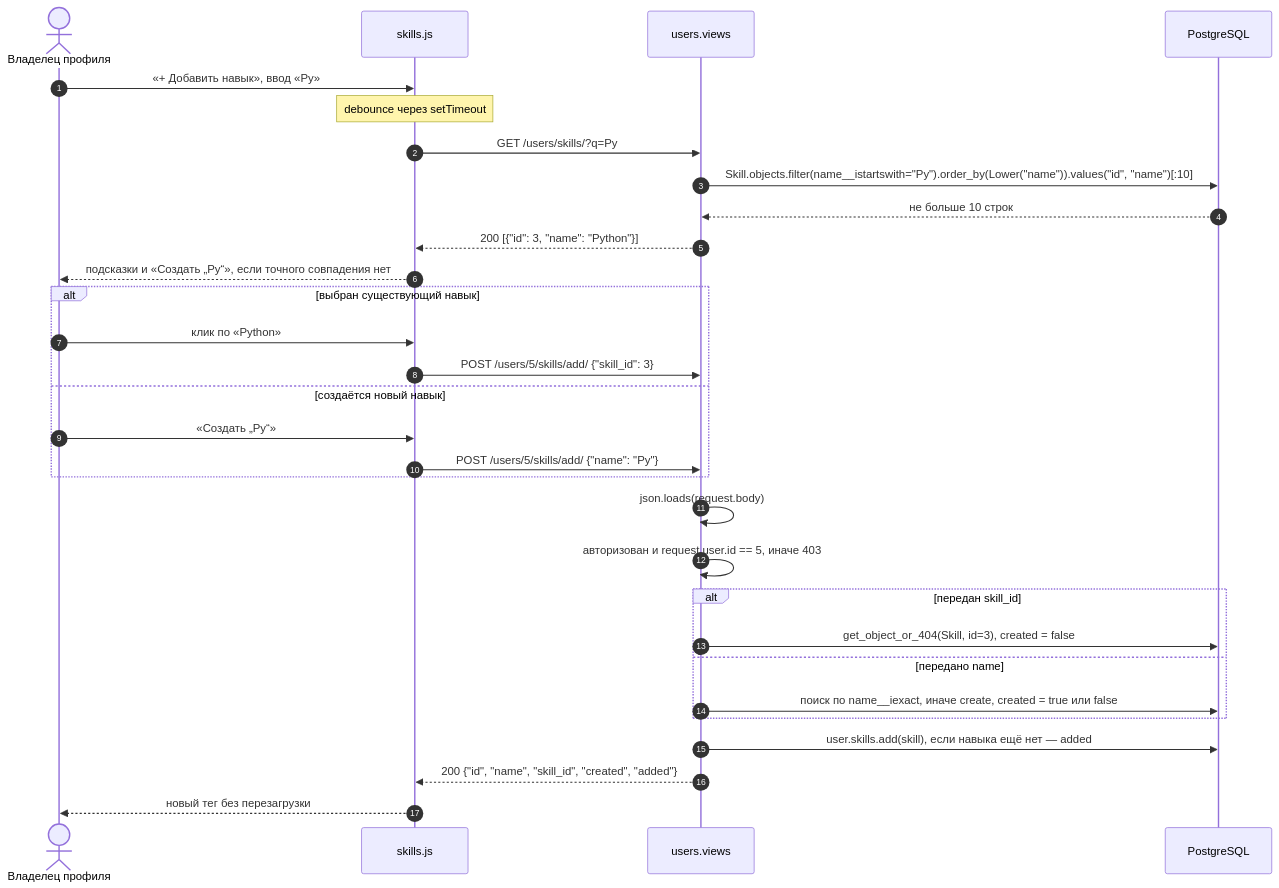
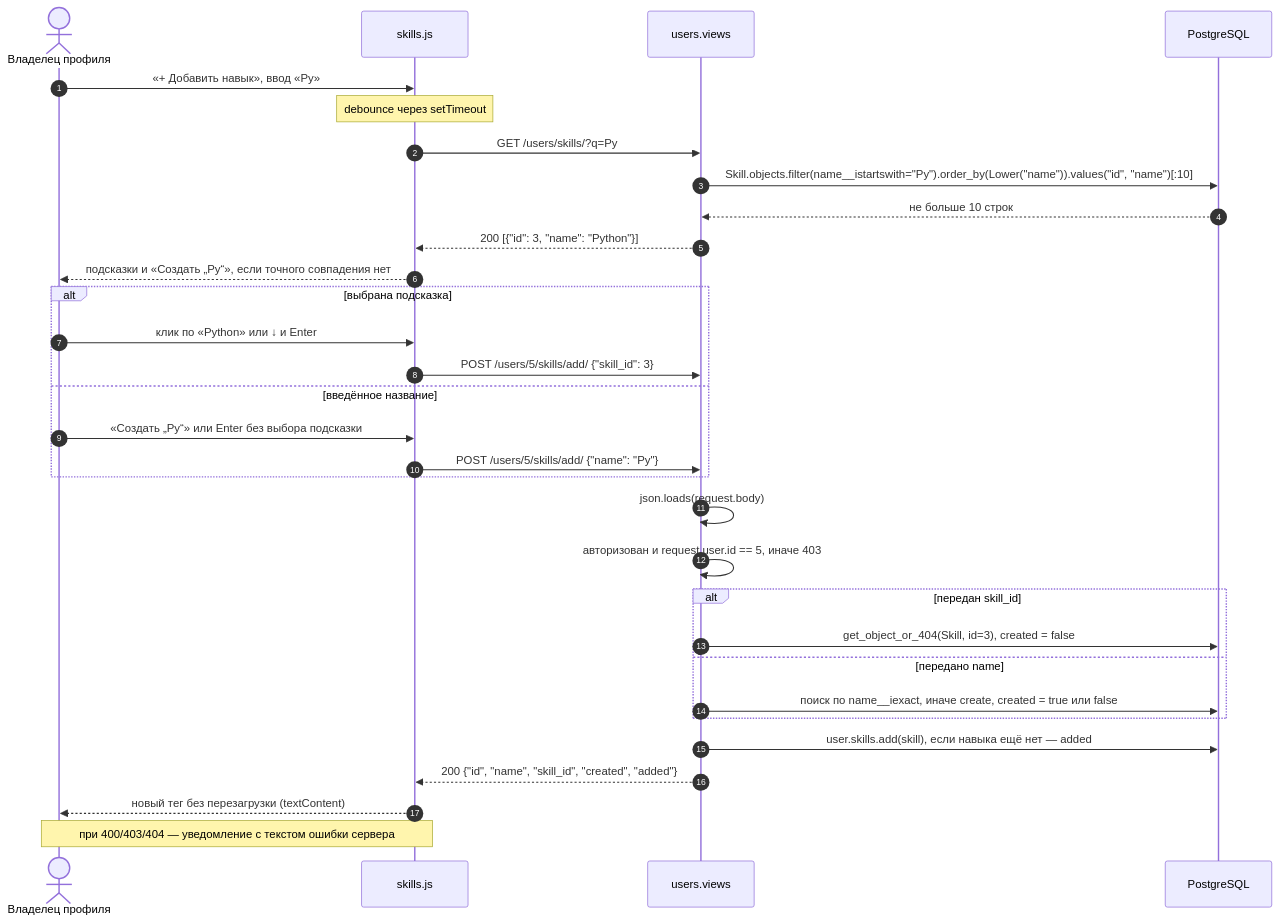
One commit to g3eraa/team-finder-ad changed diagram 14 of 24 in ARCHITECTURE.md. Above: the diagram before and after it, drawn with Mermaid. The commit also changed other lines of this file and 53 other files, not shown here.

````diff
--- a/ARCHITECTURE.md
+++ b/ARCHITECTURE.md
@@ -610,35 +640,36 @@
 ```mermaid
 sequenceDiagram
     autonumber
     actor O as Владелец профиля
     participant JS as skills.js
     participant V as users.views
     participant DB as PostgreSQL
 
     O->>JS: «+ Добавить навык», ввод «Py»
     Note over JS: debounce через setTimeout
     JS->>V: GET /users/skills/?q=Py
     V->>DB: Skill.objects.filter(name__istartswith="Py").order_by(Lower("name")).values("id", "name")[:10]
     DB-->>V: не больше 10 строк
     V-->>JS: 200 [{"id": 3, "name": "Python"}]
     JS-->>O: подсказки и «Создать „Py“», если точного совпадения нет
 
-    alt выбран существующий навык
-        O->>JS: клик по «Python»
+    alt выбрана подсказка
+        O->>JS: клик по «Python» или ↓ и Enter
         JS->>V: POST /users/5/skills/add/ {"skill_id": 3}
-    else создаётся новый навык
-        O->>JS: «Создать „Py“»
+    else введённое название
+        O->>JS: «Создать „Py“» или Enter без выбора подсказки
         JS->>V: POST /users/5/skills/add/ {"name": "Py"}
     end
 
     V->>V: json.loads(request.body)
     V->>V: авторизован и request.user.id == 5, иначе 403
     alt передан skill_id
         V->>DB: get_object_or_404(Skill, id=3), created = false
     else передано name
         V->>DB: поиск по name__iexact, иначе create, created = true или false
     end
     V->>DB: user.skills.add(skill), если навыка ещё нет — added
     V-->>JS: 200 {"id", "name", "skill_id", "created", "added"}
-    JS-->>O: новый тег без перезагрузки
+    JS-->>O: новый тег без перезагрузки (textContent)
+    Note over JS,O: при 400/403/404 — уведомление с текстом ошибки сервера
 ```
````
